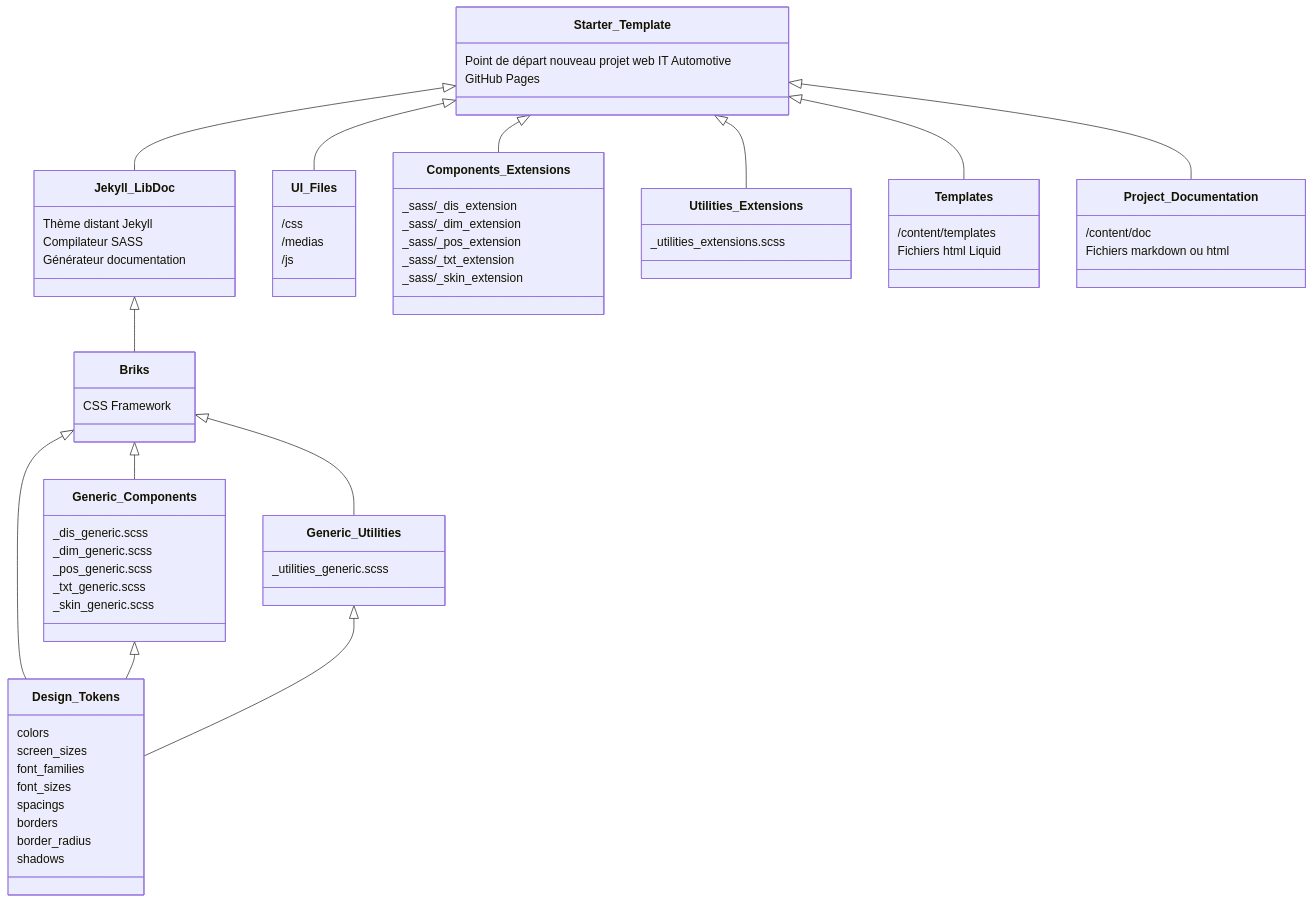
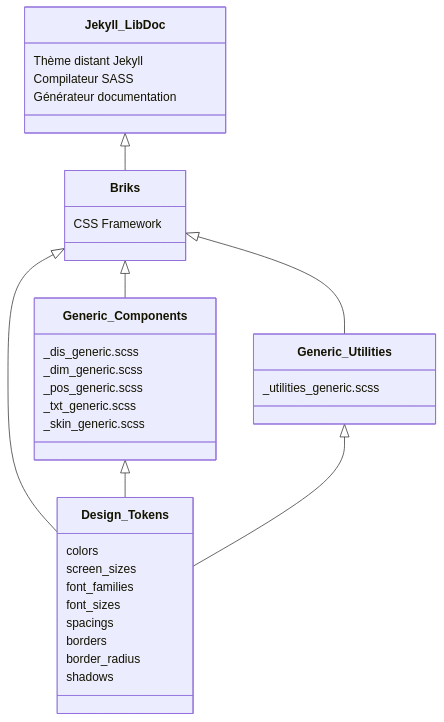
The second of 3 diagrams in README.md (ita-design-system/starter-template), drawn with Mermaid before and after one commit. The commit also changed other lines of this file, not shown here.

Commit message:
[DOC] diagramme starter template

````diff
--- a/README.md
+++ b/README.md
@@ -5,70 +79,37 @@
 ```mermaid
 classDiagram
     Jekyll_LibDoc <|-- Briks
     Briks <|-- Generic_Utilities
     Briks <|-- Generic_Components
     Briks <|-- Design_Tokens
-    Starter_Template <|-- Jekyll_LibDoc
-    Starter_Template <|-- UI_Files
-    Starter_Template <|-- Components_Extensions
-    Starter_Template <|-- Utilities_Extensions
-    Starter_Template <|-- Templates
-    Starter_Template <|-- Project_Documentation
     Generic_Components <|-- Design_Tokens
     Generic_Utilities <|-- Design_Tokens
-    class Starter_Template {
-        Point de départ nouveau projet web IT Automotive
-        GitHub Pages
-    }
     class Jekyll_LibDoc{
         Thème distant Jekyll
         Compilateur SASS
         Générateur documentation
-    }
-    class Project_Documentation {
-        /content/doc
-        Fichiers markdown ou html
-    }
-    class Templates {
-        /content/templates
-        Fichiers html Liquid
-    }
-    class Components_Extensions {
-        _sass/_dis_extension
-        _sass/_dim_extension
-        _sass/_pos_extension
-        _sass/_txt_extension
-        _sass/_skin_extension
     }
     class Generic_Components {
         _dis_generic.scss
         _dim_generic.scss
         _pos_generic.scss
         _txt_generic.scss
         _skin_generic.scss
     }
     class Generic_Utilities {
         _utilities_generic.scss
-    }
-    class Utilities_Extensions {
-        _utilities_extensions.scss
     }
     class Briks{
         CSS Framework
     }
     class Design_Tokens {
         colors
         screen_sizes
         font_families
         font_sizes
         spacings
         borders
         border_radius
         shadows
     }
-    class UI_Files {
-        /css
-        /medias
-        /js
-    }
 ```
````
